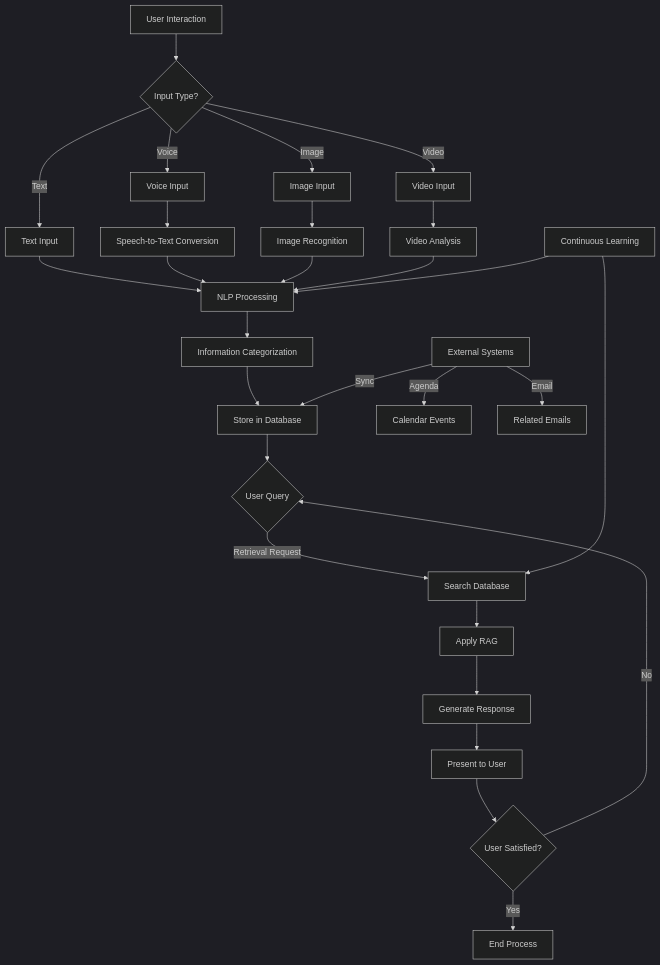
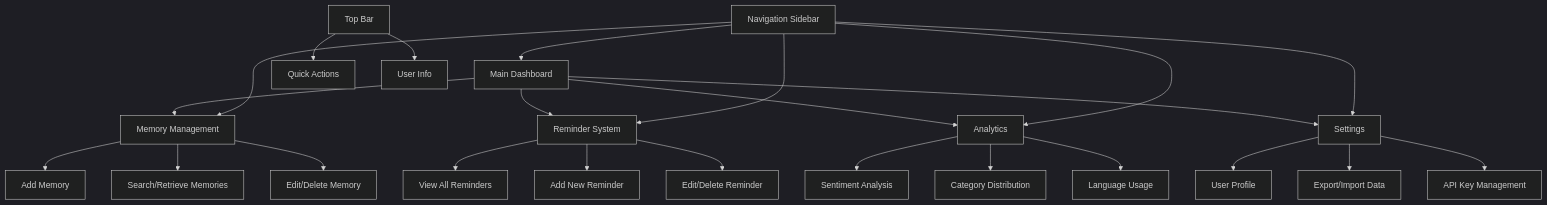
Before and after one commit to Wylhelm/MemoRise: the diagram in chart.mermaid, drawn with Mermaid (dark theme).

Commit message:
Implemented web GUI for Memory Augmentation Application.

```diff
--- a/chart.mermaid
+++ b/chart.mermaid
@@ -1,35 +1,30 @@
 graph TD
-    A[User Interaction] --> B{Input Type?}
-    B -->|Text| C[Text Input]
-    B -->|Voice| D[Voice Input]
-    B -->|Image| E[Image Input]
-    B -->|Video| F[Video Input]
-    
-    C --> G[NLP Processing]
-    D --> H[Speech-to-Text Conversion]
-    E --> I[Image Recognition]
-    F --> J[Video Analysis]
-    
-    H --> G
-    I --> G
-    J --> G
-    
-    G --> K[Information Categorization]
-    K --> L[Store in Database]
-    
-    M[External Systems] -->|Sync| L
-    M -->|Agenda| M1[Calendar Events]
-    M -->|Email| M2[Related Emails]
-    
-    L --> N{User Query}
-    N -->|Retrieval Request| O[Search Database]
-    O --> P[Apply RAG]
-    P --> Q[Generate Response]
-    Q --> R[Present to User]
-    
-    R --> S{User Satisfied?}
-    S -->|Yes| T[End Process]
-    S -->|No| N
-    
-    U[Continuous Learning] --> G
-    U --> O
+    A[Main Dashboard] --> B[Memory Management]
+    A --> C[Reminder System]
+    A --> D[Analytics]
+    A --> E[Settings]
+
+    B --> B1[Add Memory]
+    B --> B2[Search/Retrieve Memories]
+    B --> B3[Edit/Delete Memory]
+
+    C --> C1[View All Reminders]
+    C --> C2[Add New Reminder]
+    C --> C3[Edit/Delete Reminder]
+
+    D --> D1[Sentiment Analysis]
+    D --> D2[Category Distribution]
+    D --> D3[Language Usage]
+
+    E --> E1[User Profile]
+    E --> E2[Export/Import Data]
+    E --> E3[API Key Management]
+
+    F[Navigation Sidebar] --> A
+    F --> B
+    F --> C
+    F --> D
+    F --> E
+
+    G[Top Bar] --> G1[Quick Actions]
+    G --> G2[User Info]
```
